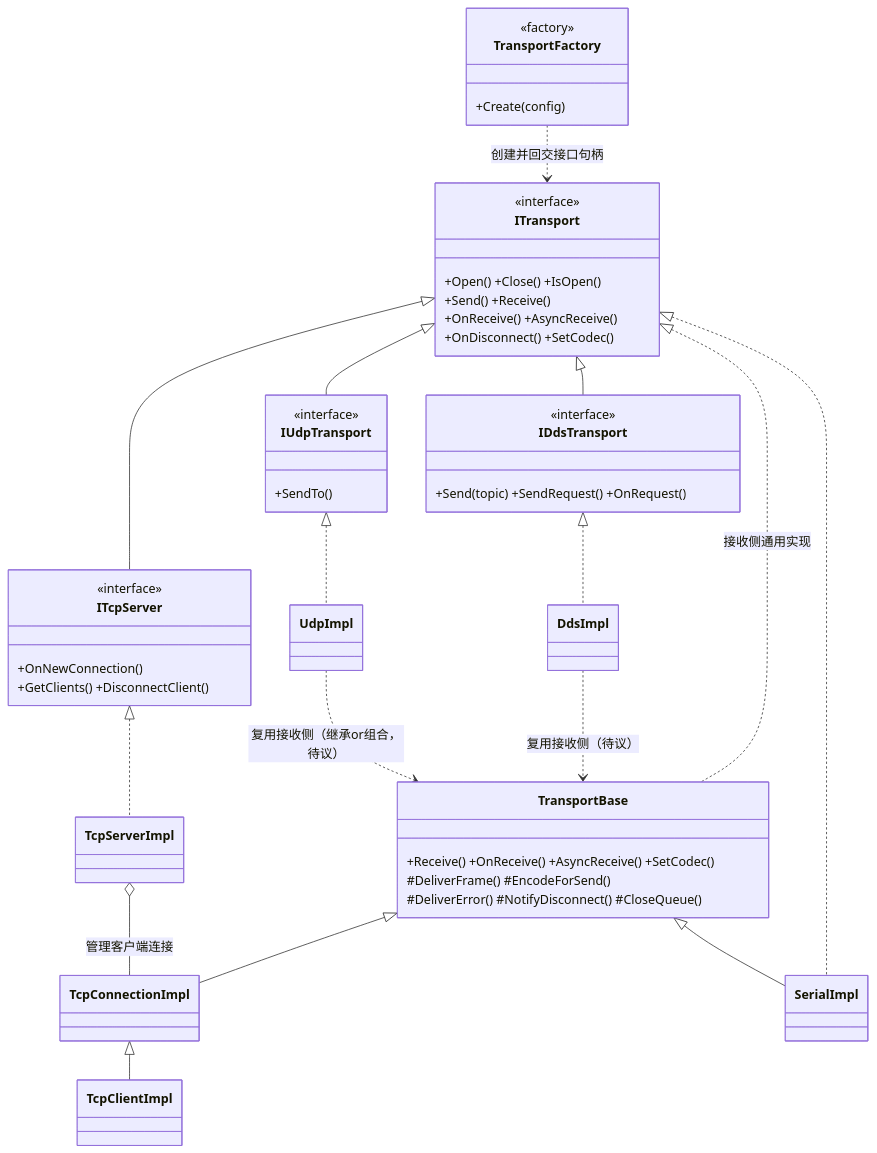
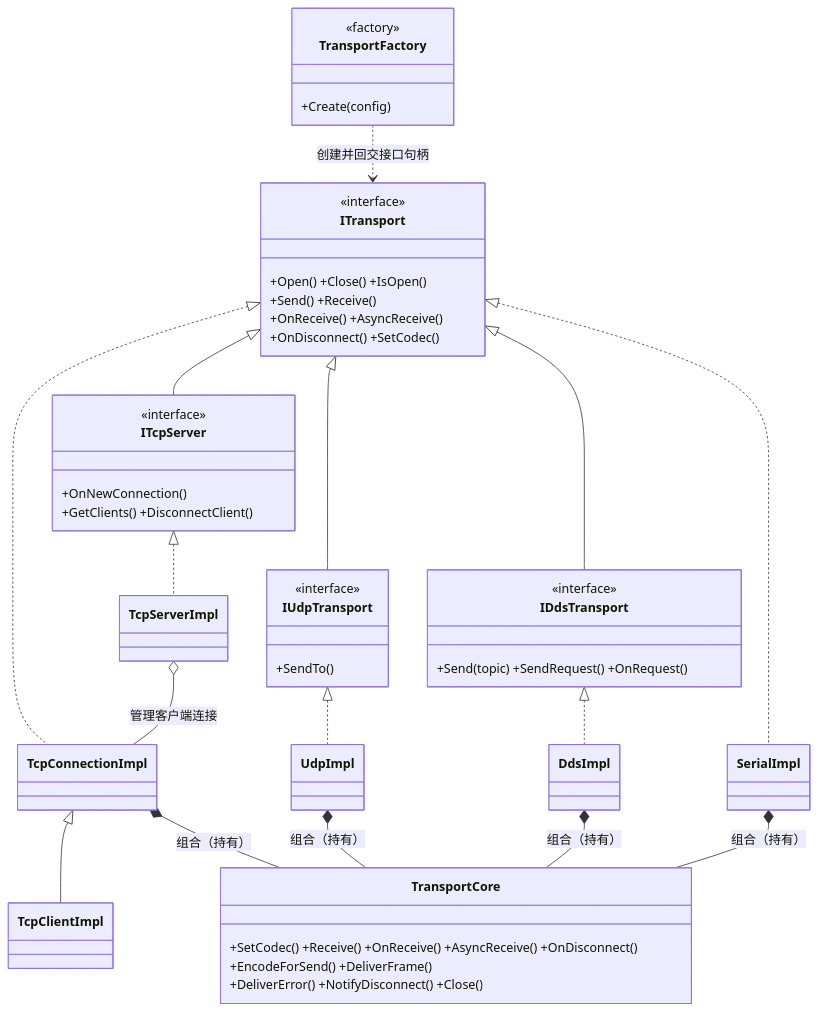
One commit to Ste7an-cs/Transport changed the second of 5 diagrams in docs/superpowers/specs/2026-06-09-transport-middleware-design.md. Above: the diagram before and after it, drawn with Mermaid. The commit also changed other lines of this file and 1 other file, not shown here.

Commit message:
docs: 重构落定——主 spec §3.4 与 as-built 架构文档改用 TransportCore 组合，并补入 UDP（类图/时序图/依赖说明）

````diff
--- a/docs/superpowers/specs/2026-06-09-transport-middleware-design.md
+++ b/docs/superpowers/specs/2026-06-09-transport-middleware-design.md
@@ -141,60 +141,60 @@
 ```mermaid
 classDiagram
   direction TB
 
   class ITransport {
     <<interface>>
     +Open() +Close() +IsOpen()
     +Send() +Receive()
     +OnReceive() +AsyncReceive()
     +OnDisconnect() +SetCodec()
   }
   class ITcpServer {
     <<interface>>
     +OnNewConnection()
     +GetClients() +DisconnectClient()
   }
   class IUdpTransport {
     <<interface>>
     +SendTo()
   }
   class IDdsTransport {
     <<interface>>
     +Send(topic) +SendRequest() +OnRequest()
   }
   ITransport <|-- ITcpServer
   ITransport <|-- IUdpTransport
   ITransport <|-- IDdsTransport
 
-  class TransportBase {
-    +Receive() +OnReceive() +AsyncReceive() +SetCodec()
-    #DeliverFrame() #EncodeForSend()
-    #DeliverError() #NotifyDisconnect() #CloseQueue()
+  class TransportCore {
+    +SetCodec() +Receive() +OnReceive() +AsyncReceive() +OnDisconnect()
+    +EncodeForSend() +DeliverFrame()
+    +DeliverError() +NotifyDisconnect() +Close()
   }
-  ITransport <|.. TransportBase : 接收侧通用实现
 
   class TcpConnectionImpl
   class TcpClientImpl
   class TcpServerImpl
   class UdpImpl
   class DdsImpl
   class SerialImpl
 
-  TransportBase <|-- TcpConnectionImpl
+  ITransport <|.. TcpConnectionImpl
   TcpConnectionImpl <|-- TcpClientImpl
   ITcpServer <|.. TcpServerImpl
   TcpServerImpl o-- TcpConnectionImpl : 管理客户端连接
-
   IUdpTransport <|.. UdpImpl
   IDdsTransport <|.. DdsImpl
   ITransport <|.. SerialImpl
-  TransportBase <|-- SerialImpl
-  UdpImpl ..> TransportBase : 复用接收侧（继承or组合，待议）
-  DdsImpl ..> TransportBase : 复用接收侧（待议）
+
+  TcpConnectionImpl *-- TransportCore : 组合（持有）
+  UdpImpl *-- TransportCore : 组合（持有）
+  DdsImpl *-- TransportCore : 组合（持有）
+  SerialImpl *-- TransportCore : 组合（持有）
 
   class TransportFactory {
     <<factory>>
     +Create(config)
   }
   TransportFactory ..> ITransport : 创建并回交接口句柄
 ```
````
